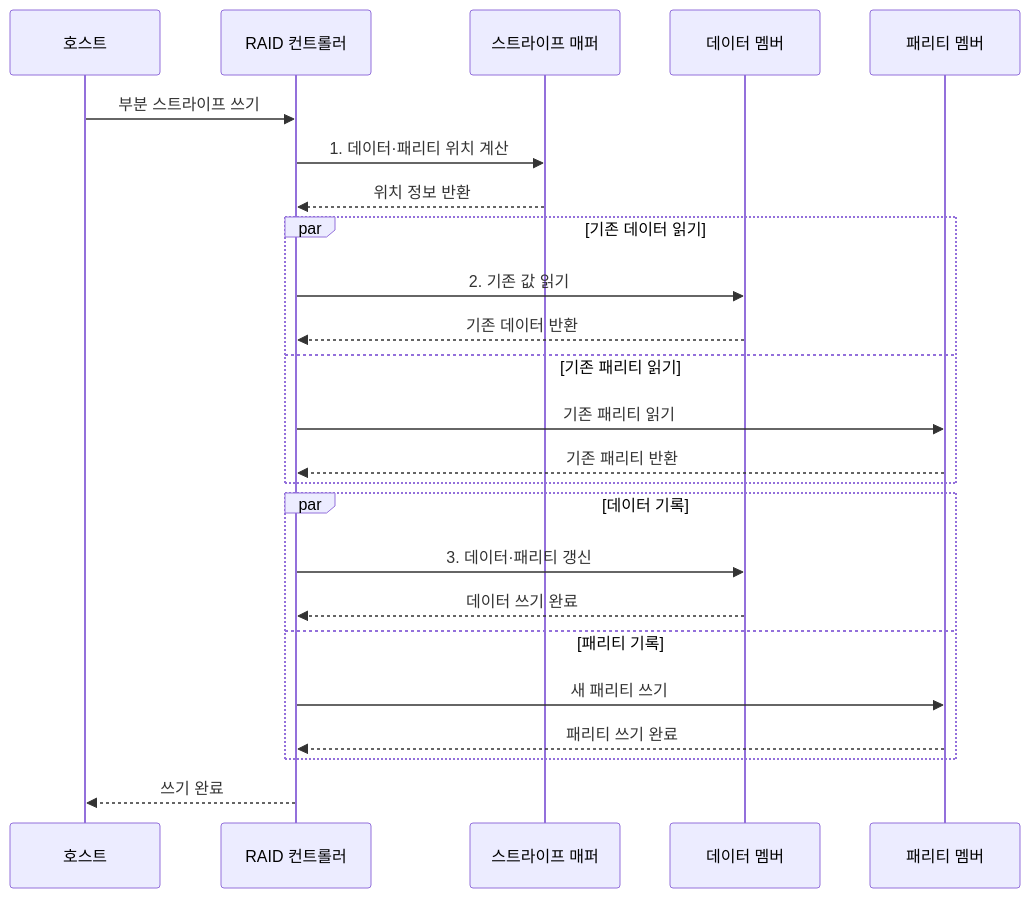
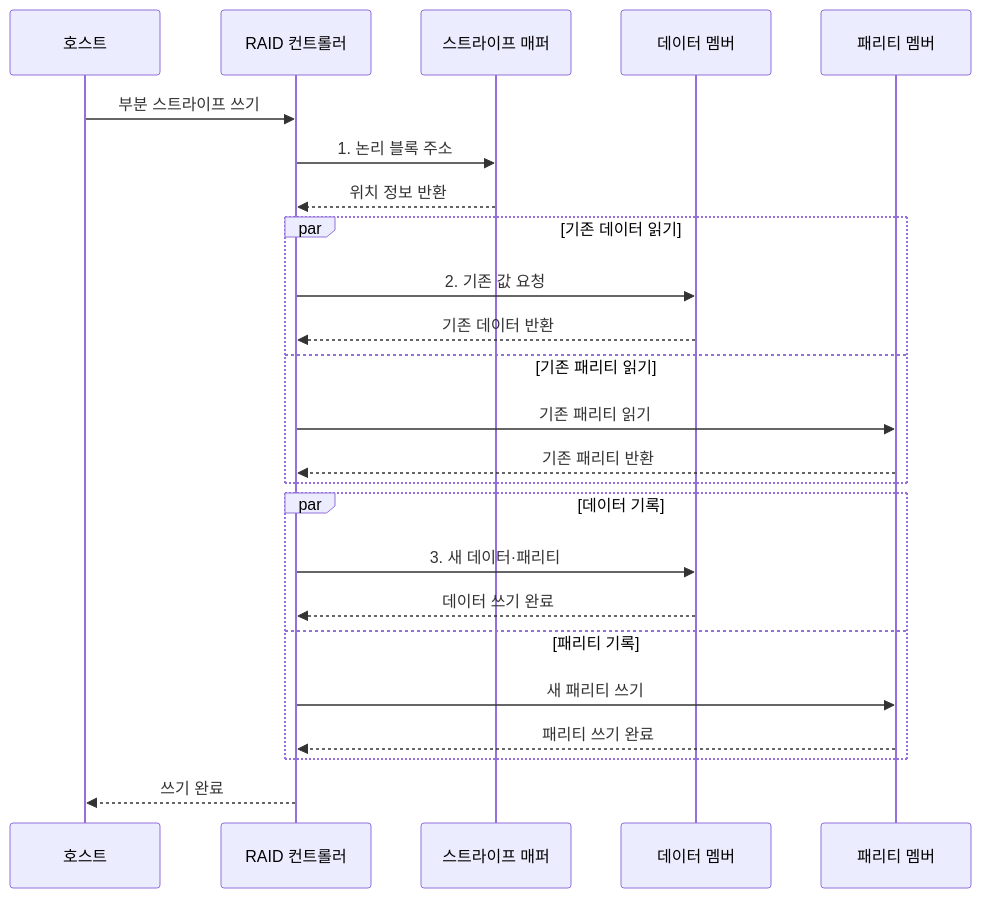
Before and after one commit to agnusdei1207/knowledge-base: the second of 2 diagrams in src/content/docs/notes/02-hardware/032_raid_levels.md, drawn with Mermaid. The commit also changed other lines of this file and 20 other files, not shown here.

````diff
--- a/src/content/docs/notes/02-hardware/032_raid_levels.md
+++ b/src/content/docs/notes/02-hardware/032_raid_levels.md
@@ -97,27 +102,27 @@
 ```mermaid
 sequenceDiagram
     participant H as 호스트
     participant C as RAID 컨트롤러
     participant M as 스트라이프 매퍼
     participant D as 데이터 멤버
     participant P as 패리티 멤버
 
     H->>C: 부분 스트라이프 쓰기
-    C->>M: 1. 데이터·패리티 위치 계산
+    C->>M: 1. 논리 블록 주소
     M-->>C: 위치 정보 반환
     par 기존 데이터 읽기
-        C->>D: 2. 기존 값 읽기
+        C->>D: 2. 기존 값 요청
         D-->>C: 기존 데이터 반환
     and 기존 패리티 읽기
         C->>P: 기존 패리티 읽기
         P-->>C: 기존 패리티 반환
     end
     par 데이터 기록
-        C->>D: 3. 데이터·패리티 갱신
+        C->>D: 3. 새 데이터·패리티
         D-->>C: 데이터 쓰기 완료
     and 패리티 기록
         C->>P: 새 패리티 쓰기
         P-->>C: 패리티 쓰기 완료
     end
     C-->>H: 쓰기 완료
 ```
````
